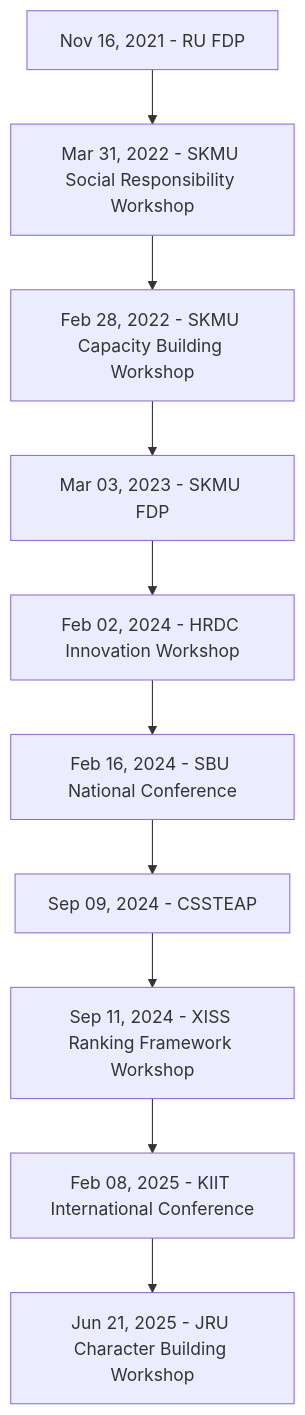
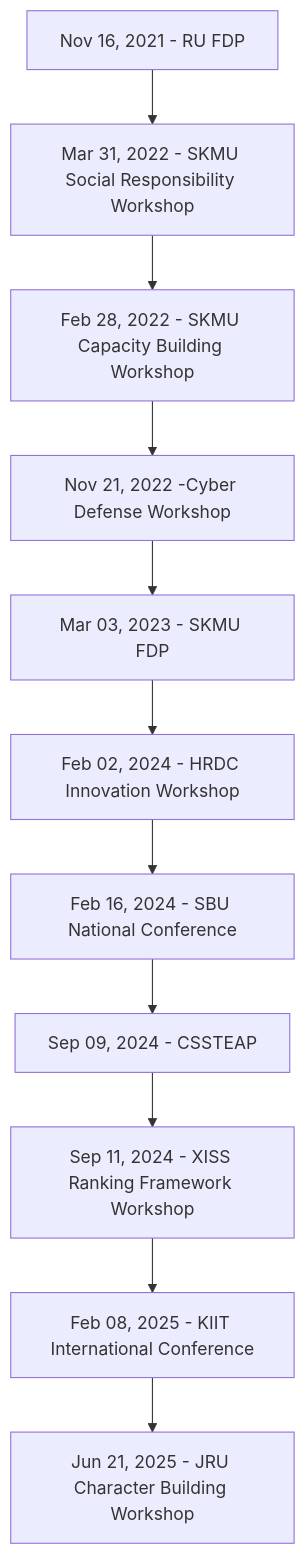
Before and after one commit to rajeshphy/research: the third of 3 diagrams in _posts/2024-06-11-PPT.markdown, drawn with Mermaid. The commit also changed 2 other files, not shown here.

Commit message:
Cyber Vidyapeeth Certificate Added

```diff
--- a/_posts/2024-06-11-PPT.markdown
+++ b/_posts/2024-06-11-PPT.markdown
@@ -46,20 +46,22 @@
 <div class="mermaid" style="background-color: lightgray; padding: 10px; border-radius: 5px;">
 flowchart TD;
-    A1[Nov 16, 2021 - RU FDP] --> A2[Mar 31, 2022 - SKMU Social Responsibility Workshop] --> A3[Feb 28, 2022 - SKMU Capacity Building Workshop] --> 
+    A1[Nov 16, 2021 - RU FDP] --> A2[Mar 31, 2022 - SKMU Social Responsibility Workshop] --> A3[Feb 28, 2022 - SKMU Capacity Building Workshop] -->
+    A31[Nov 21, 2022 -Cyber Defense Workshop] --> 
     A4[Mar 03, 2023 - SKMU FDP] --> 
     A41[Feb 02, 2024 - HRDC Innovation Workshop] -->
     A5[Feb 16, 2024 - SBU National Conference] --> 
     A6[Sep 09, 2024 - CSSTEAP] --> A7[Sep 11, 2024 - XISS Ranking Framework Workshop] --> 
     A8[Feb 08, 2025 - KIIT International Conference] --> A9[Jun 21, 2025 - JRU Character Building Workshop];
 
     click A1 "{{ site.PAPERS-ORG }}/PAPERS-ORG/Seminar-Certificate/r_Nov-16-2021-RU-FDP.png";
     click A2 "{{ site.PAPERS-ORG }}/PAPERS-ORG/Seminar-Certificate/r_Mar-31-2022-SKMU-Social-Responsibility-Workshop.png";
     click A3 "{{ site.PAPERS-ORG }}/PAPERS-ORG/Seminar-Certificate/r_Feb-28-2022-SKMU-Capacity-Building-Workshop.png";
+    click A31 "{{ site.PAPERS-ORG }}/PAPERS-ORG/Seminar-Certificate/r_Nov-21-2022-Cyber-Defense-Workshop.png";
     click A4 "{{ site.PAPERS-ORG }}/PAPERS-ORG/Seminar-Certificate/r_Mar-03-2023-SKMU-FDP.png";
     click A41 "{{ site.PAPERS-ORG }}/PAPERS-ORG/Seminar-Certificate/r_Feb-02-2024-HRDC-Startup-Workshop.png";
     click A5 "{{ site.PAPERS-ORG }}/PAPERS-ORG/Seminar-Certificate/r_Feb-16-2024-SBU-National-Conference.png";
     click A6 "{{ site.PAPERS-ORG }}/PAPERS-ORG/Seminar-Certificate/r_Sep-9-2024-cssteap.png";
     click A7 "{{ site.PAPERS-ORG }}/PAPERS-ORG/Seminar-Certificate/r_Sep-11-2024-XISS-Ranking-Framework-Workshop.png";
     click A8 "{{ site.PAPERS-ORG }}/PAPERS-ORG/Seminar-Certificate/r_Feb-08-2025-KIIT-International-Conference.png";
     click A9 "{{ site.PAPERS-ORG }}/PAPERS-ORG/Seminar-Certificate/r_Jun-21-2025-JRU-Character-Building-Workshop.png";
 </div>
```
